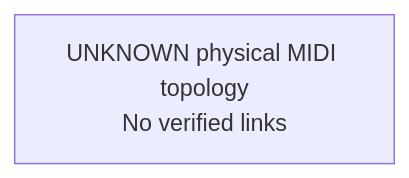
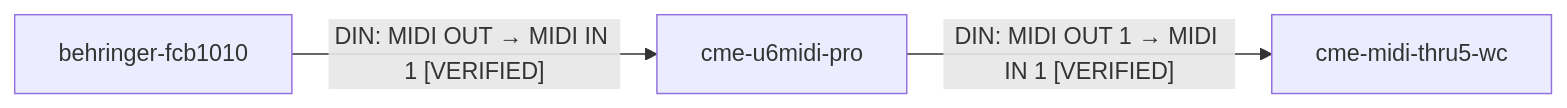
One commit to sempervent/music-rig changed the diagram in diagrams/midi-topology.mmd. Above: the diagram before and after it, drawn with Mermaid. The commit also changed 18 other files, not shown here.

```diff
--- a/diagrams/midi-topology.mmd
+++ b/diagrams/midi-topology.mmd
@@ -1,3 +1,7 @@
 flowchart LR
   %% Generated from data/midi.yaml; do not edit directly.
-  midi_unknown["UNKNOWN physical MIDI topology<br/>No verified links"]
+  midi_behringer_fcb1010["behringer-fcb1010"]
+  midi_cme_midi_thru5_wc["cme-midi-thru5-wc"]
+  midi_cme_u6midi_pro["cme-u6midi-pro"]
+  midi_behringer_fcb1010 -->|"DIN: MIDI OUT → MIDI IN 1 [VERIFIED]"| midi_cme_u6midi_pro
+  midi_cme_u6midi_pro -->|"DIN: MIDI OUT 1 → MIDI IN 1 [VERIFIED]"| midi_cme_midi_thru5_wc
```
